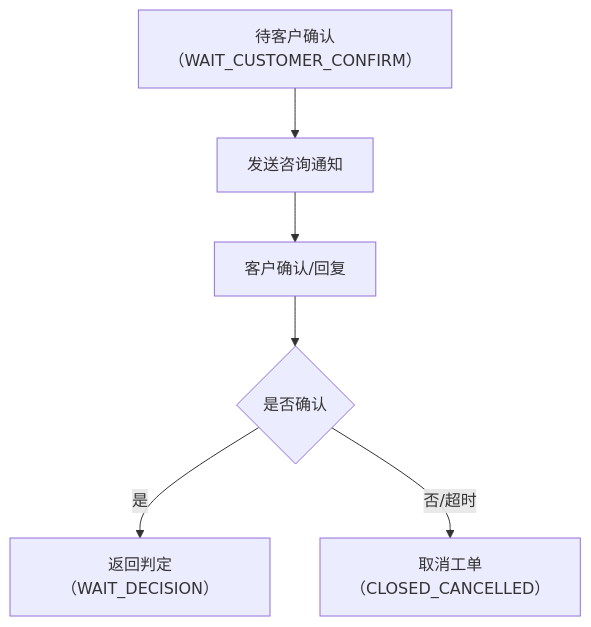
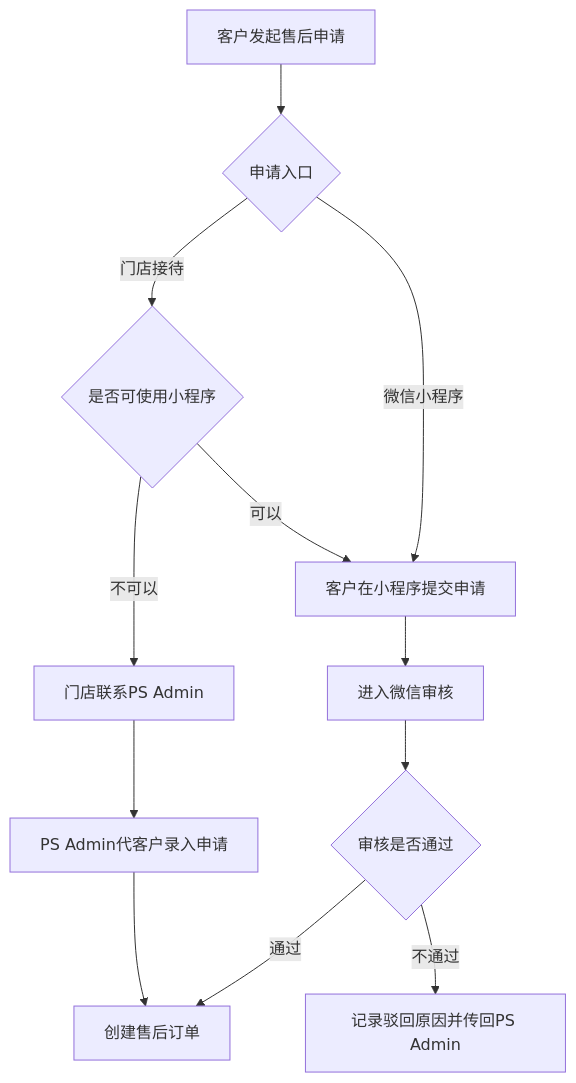
One commit to guguohai/gmps changed the second of 38 diagrams in 文档/GM系统需求说明.md. Above: the diagram before and after it, drawn with Mermaid. The commit also changed other lines of this file, not shown here.

````diff
--- a/文档/GM系统需求说明.md
+++ b/文档/GM系统需求说明.md
@@ -342,10 +175,20 @@
 ```mermaid
 flowchart TD
 
-A[待客户确认（WAIT_CUSTOMER_CONFIRM）] --> B[发送咨询通知]
-B --> C[客户确认/回复]
-C --> D{是否确认}
+A[客户发起售后申请] --> B{申请入口}
 
-D -->|是| E[返回判定（WAIT_DECISION）]
-D -->|否/超时| F[取消工单（CLOSED_CANCELLED）]
+B -->|微信小程序| C[客户在小程序提交申请]
+B -->|门店接待| D{是否可使用小程序}
+
+D -->|可以| C
+D -->|不可以| E[门店联系PS Admin]
+E --> F[PS Admin代客户录入申请]
+
+C --> G[进入微信审核]
+G --> H{审核是否通过}
+
+H -->|通过| I[创建售后订单]
+H -->|不通过| J[记录驳回原因并传回PS Admin]
+
+F --> I
 ```
````
